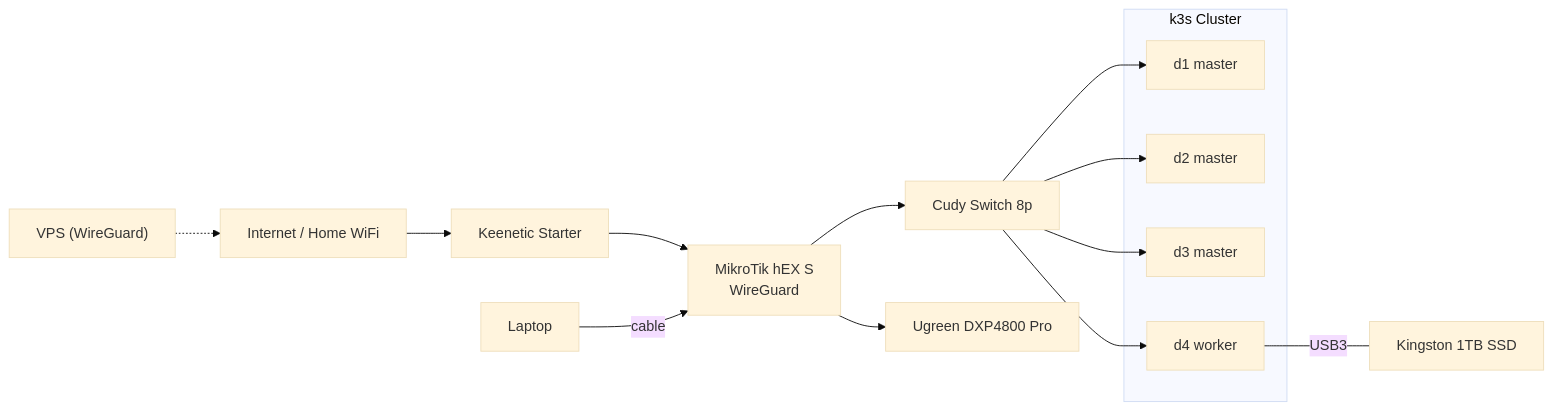
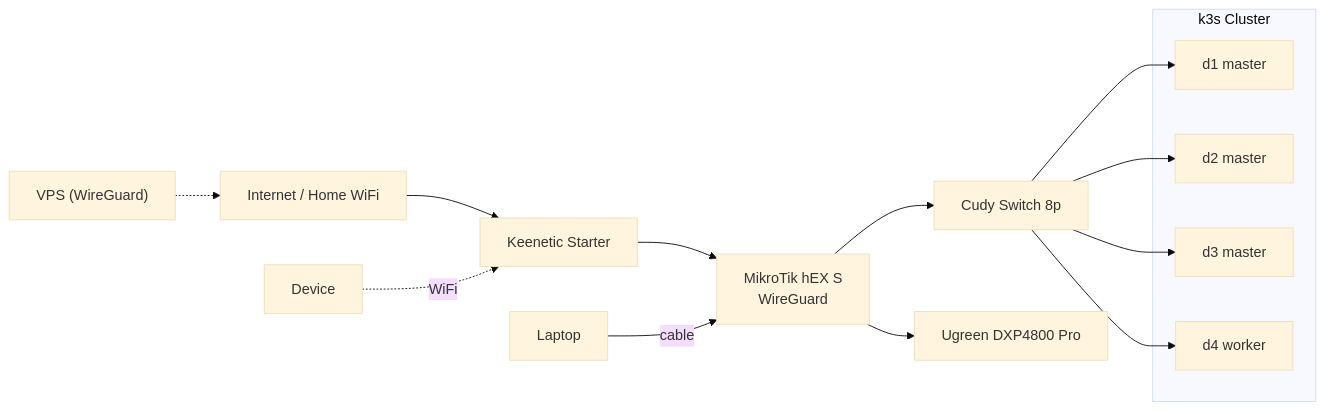
The diagram in docs/en/v1/README.md (PearlFoe/homelab), drawn with Mermaid (base theme) before and after one commit. The commit also changed other lines of this file and 9 other files, not shown here.

````diff
--- a/docs/en/v1/README.md
+++ b/docs/en/v1/README.md
@@ -17,20 +17,20 @@
 ```mermaid
 graph LR
     VPS["VPS (WireGuard)"] -.-> Internet["Internet / Home WiFi"]
     Internet --> Keenetic["Keenetic Starter"]
     Keenetic --> MikroTik["MikroTik hEX S\nWireGuard"]
+    Device["Device"] -.->|WiFi| Keenetic
     Laptop["Laptop"] -->|cable| MikroTik
     MikroTik --> Switch["Cudy Switch 8p"]
     MikroTik --> NAS["Ugreen DXP4800 Pro"]
     Switch --> D1["d1 master"]
     Switch --> D2["d2 master"]
     Switch --> D3["d3 master"]
     Switch --> D4["d4 worker"]
-    D4 ---|USB3| SSD["Kingston 1TB SSD"]
     subgraph k3sCluster ["k3s Cluster"]
         D1
         D2
         D3
         D4
     end
 ```
````
